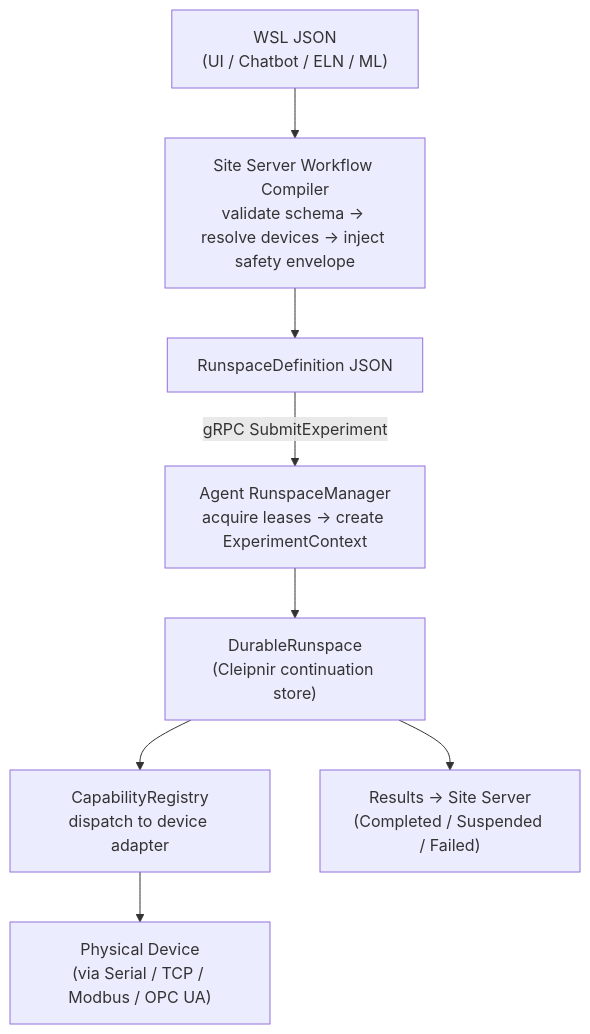
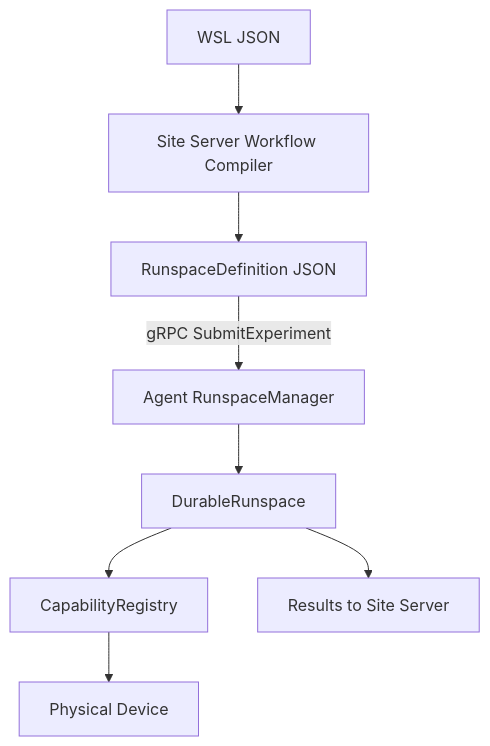
The second of 2 diagrams in docs-site/docs/developer/architecture.md (PyPete/Helix), drawn with Mermaid before and after one commit. The commit also changed other lines of this file and 2 other files, not shown here.

First line of the commit message:
feat(docs): add architecture, adapter authoring guide (VapourtecR4), and transport guide

````diff
--- a/docs-site/docs/developer/architecture.md
+++ b/docs-site/docs/developer/architecture.md
@@ -81,17 +70,10 @@
 ```mermaid
 flowchart TD
-    A["WSL JSON
-(UI / Chatbot / ELN / ML)"] --> B["Site Server Workflow Compiler
-validate schema → resolve devices → inject safety envelope"]
+    A["WSL JSON"] --> B["Site Server Workflow Compiler"]
     B --> C["RunspaceDefinition JSON"]
-    C -- "gRPC SubmitExperiment" --> D["Agent RunspaceManager
-acquire leases → create ExperimentContext"]
-    D --> E["DurableRunspace
-(Cleipnir continuation store)"]
-    E --> F["CapabilityRegistry
-dispatch to device adapter"]
-    F --> G["Physical Device
-(via Serial / TCP / Modbus / OPC UA)"]
-    E --> H["Results → Site Server
-(Completed / Suspended / Failed)"]
+    C -- "gRPC SubmitExperiment" --> D["Agent RunspaceManager"]
+    D --> E["DurableRunspace"]
+    E --> F["CapabilityRegistry"]
+    F --> G["Physical Device"]
+    E --> H["Results to Site Server"]
 ```
````
